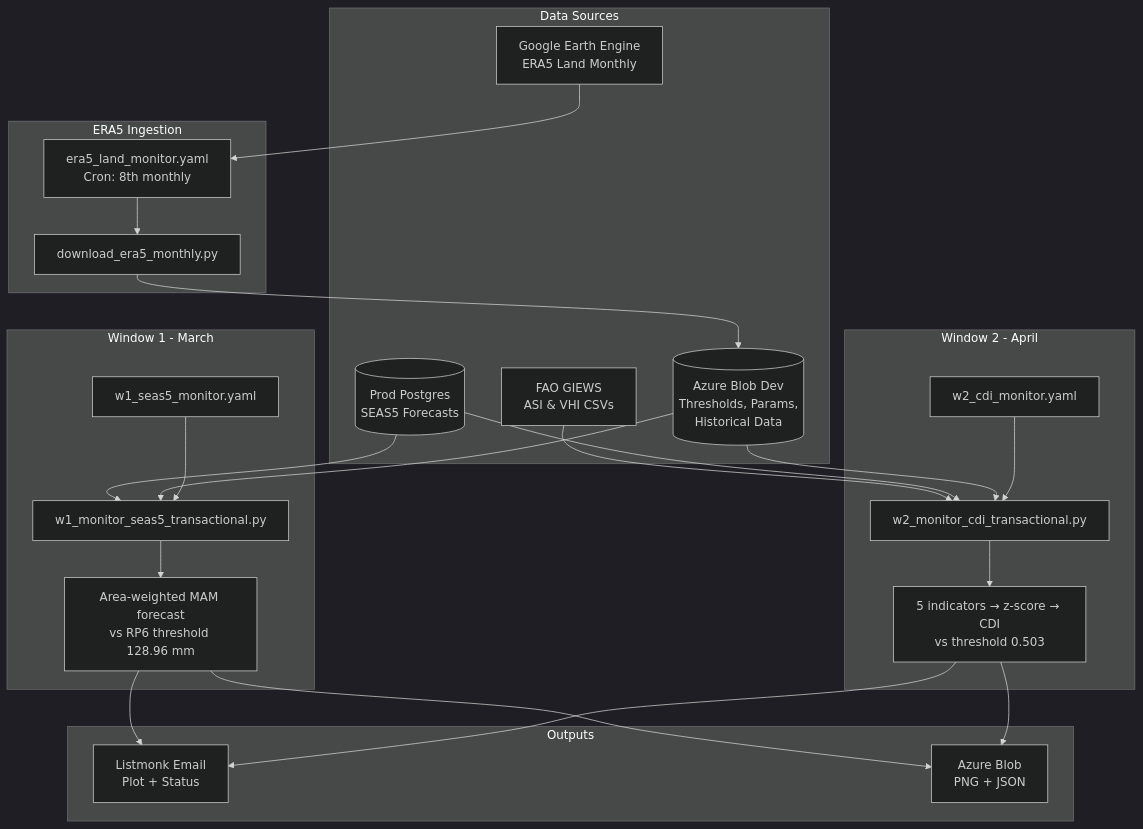
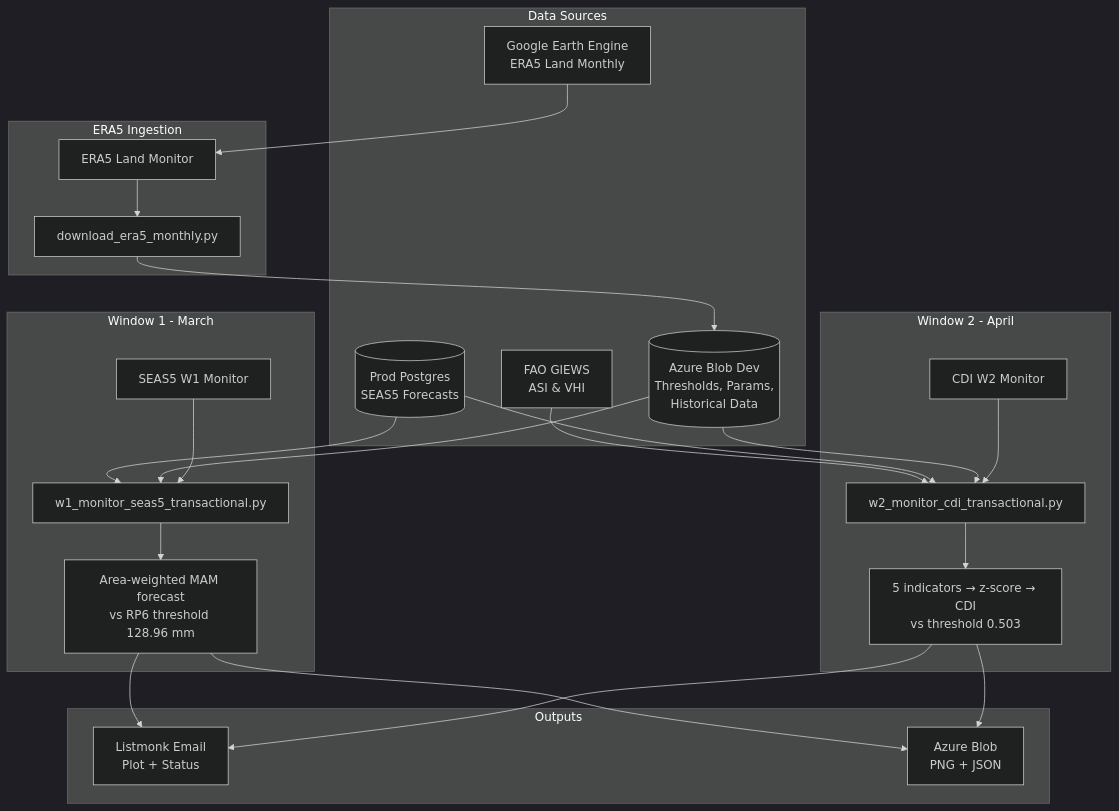
Before and after one commit to OCHA-DAP/ds-aa-afg-drought: the second of 3 diagrams in .github/README.md, drawn with Mermaid (dark theme). The commit also changed other lines of this file, not shown here.

````diff
--- a/.github/README.md
+++ b/.github/README.md
@@ -7,44 +46,44 @@
 ```mermaid
 flowchart TB
     subgraph Data Sources
         GEE[Google Earth Engine<br>ERA5 Land Monthly]
-        FAO[FAO GIEWS<br>ASI & VHI CSVs]
+        FAO[FAO GIEWS<br>ASI & VHI]
         DB[(Prod Postgres<br>SEAS5 Forecasts)]
         BLOB[(Azure Blob Dev<br>Thresholds, Params,<br>Historical Data)]
     end
 
     subgraph ERA5 Ingestion
-        ERA5_GHA[era5_land_monitor.yaml<br>Cron: 8th monthly]
+        ERA5_GHA[ERA5 Land Monitor]
         ERA5_PY[download_era5_monthly.py]
     end
 
     subgraph Window 1 - March
-        W1_GHA[w1_seas5_monitor.yaml]
+        W1_GHA[SEAS5 W1 Monitor]
         W1_PY[w1_monitor_seas5_transactional.py]
         W1_CALC[Area-weighted MAM forecast<br>vs RP6 threshold 128.96 mm]
     end
 
     subgraph Window 2 - April
-        W2_GHA[w2_cdi_monitor.yaml]
+        W2_GHA[CDI W2 Monitor]
         W2_PY[w2_monitor_cdi_transactional.py]
         W2_CALC[5 indicators → z-score → CDI<br>vs threshold 0.503]
     end
 
     subgraph Outputs
         EMAIL[Listmonk Email<br>Plot + Status]
         BLOB_OUT[Azure Blob<br>PNG + JSON]
     end
 
     GEE --> ERA5_GHA --> ERA5_PY --> BLOB
 
     DB --> W1_PY
     BLOB --> W1_PY
     W1_GHA --> W1_PY --> W1_CALC --> EMAIL
     W1_CALC --> BLOB_OUT
 
     FAO --> W2_PY
     DB --> W2_PY
     BLOB --> W2_PY
     W2_GHA --> W2_PY --> W2_CALC --> EMAIL
     W2_CALC --> BLOB_OUT
 ```
````
